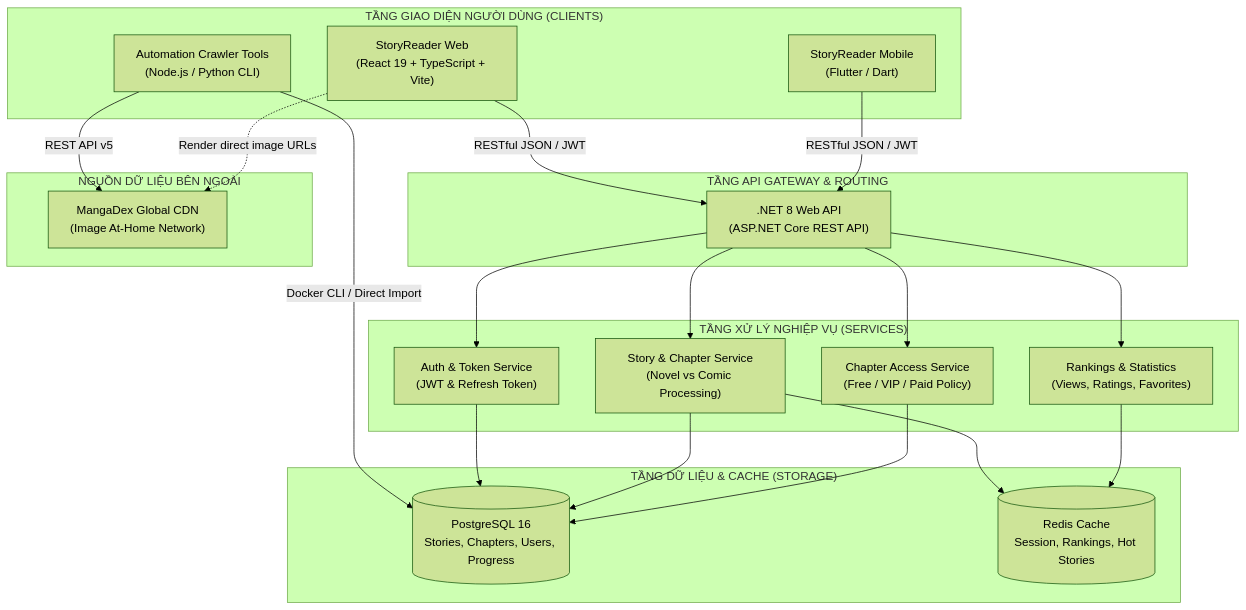
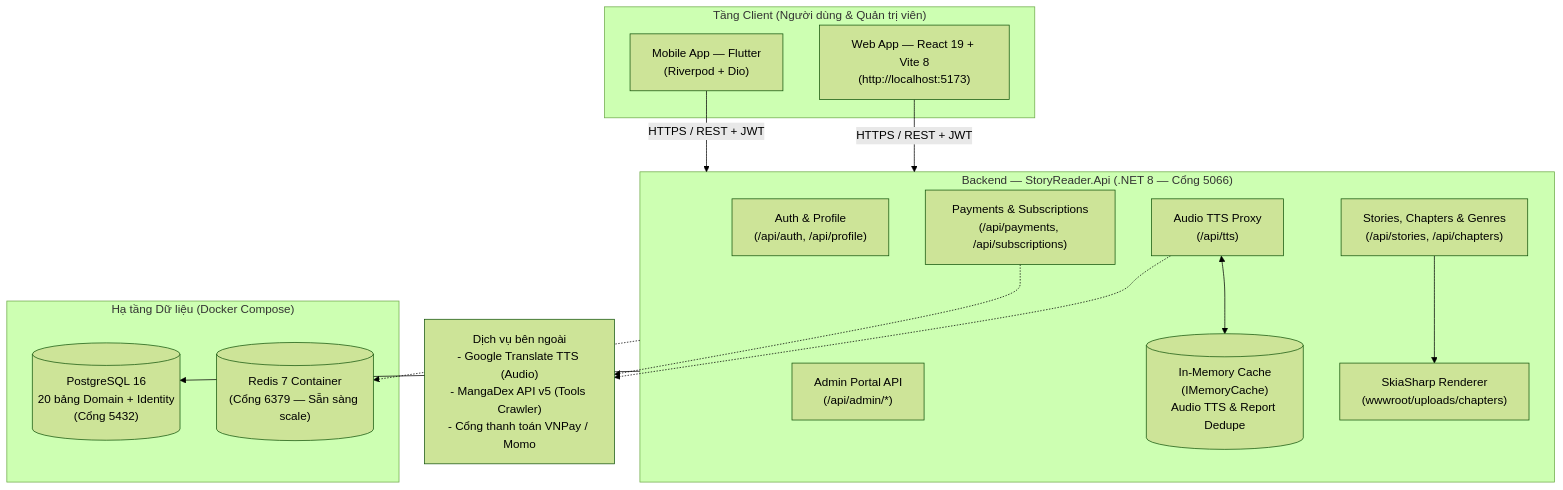
Before and after one commit to tuyenminhtran/HeThongQuanLyDocTruyen-Nhom-7: the first of 8 diagrams in KIEN_TRUC_CONG_NGHE_VA_FLOW.md, drawn with Mermaid (forest theme). The commit also changed other lines of this file and 24 other files, not shown here.

Commit message:
Kiểm toán toàn diện Admin/Reader, sửa lỗi MemoryCache báo cáo trùng, chuẩn hóa script/SQL và đồng bộ tài liệu dự án

````diff
--- a/KIEN_TRUC_CONG_NGHE_VA_FLOW.md
+++ b/KIEN_TRUC_CONG_NGHE_VA_FLOW.md
@@ -71,46 +23,33 @@
 ```mermaid
 flowchart TB
-    subgraph Clients["TẦNG GIAO DIỆN NGƯỜI DÙNG (CLIENTS)"]
-        Web["StoryReader Web\n(React 19 + TypeScript + Vite)"]
-        Mobile["StoryReader Mobile\n(Flutter / Dart)"]
-        Crawler["Automation Crawler Tools\n(Node.js / Python CLI)"]
+    subgraph Clients["Tầng Client (Người dùng & Quản trị viên)"]
+        Web["Web App — React 19 + Vite 8\n(http://localhost:5173)"]
+        Mobile["Mobile App — Flutter\n(Riverpod + Dio)"]
     end
 
-    subgraph Gateway["TẦNG API GATEWAY & ROUTING"]
-        Api[".NET 8 Web API\n(ASP.NET Core REST API)"]
+    subgraph Api["Backend — StoryReader.Api (.NET 8 — Cổng 5066)"]
+        Auth["Auth & Profile\n(/api/auth, /api/profile)"]
+        Story["Stories, Chapters & Genres\n(/api/stories, /api/chapters)"]
+        Billing["Payments & Subscriptions\n(/api/payments, /api/subscriptions)"]
+        Tts["Audio TTS Proxy\n(/api/tts)"]
+        Admin["Admin Portal API\n(/api/admin/*)"]
+        MemCache[("In-Memory Cache\n(IMemoryCache)\nAudio TTS & Report Dedupe")]
+        ImgGen["SkiaSharp Renderer\n(wwwroot/uploads/chapters)"]
     end
 
-    subgraph Business["TẦNG XỬ LÝ NGHIỆP VỤ (SERVICES)"]
-        AuthSvc["Auth & Token Service\n(JWT & Refresh Token)"]
-        StorySvc["Story & Chapter Service\n(Novel vs Comic Processing)"]
-        AccessSvc["Chapter Access Service\n(Free / VIP / Paid Policy)"]
-        RankSvc["Rankings & Statistics\n(Views, Ratings, Favorites)"]
+    subgraph Data["Hạ tầng Dữ liệu (Docker Compose)"]
+        DB[("PostgreSQL 16\n20 bảng Domain + Identity\n(Cổng 5432)")]
+        Redis[("Redis 7 Container\n(Cổng 6379 — Sẵn sàng scale)")]
     end
 
-    subgraph Data["TẦNG DỮ LIỆU & CACHE (STORAGE)"]
-        Postgres[(PostgreSQL 16\nStories, Chapters, Users, Progress)]
-        Redis[(Redis Cache\nSession, Rankings, Hot Stories)]
-    end
+    External["Dịch vụ bên ngoài\n- Google Translate TTS (Audio)\n- MangaDex API v5 (Tools Crawler)\n- Cổng thanh toán VNPay / Momo"]
 
-    subgraph External["NGUỒN DỮ LIỆU BÊN NGOÀI"]
-        MangaDex["MangaDex Global CDN\n(Image At-Home Network)"]
-    end
-
-    Web -->|RESTful JSON / JWT| Api
-    Mobile -->|RESTful JSON / JWT| Api
-    Crawler -->|Docker CLI / Direct Import| Postgres
-    Crawler -->|REST API v5| MangaDex
-
-    Api --> AuthSvc
-    Api --> StorySvc
-    Api --> AccessSvc
-    Api --> RankSvc
-
-    AuthSvc --> Postgres
-    StorySvc --> Postgres
-    StorySvc --> Redis
-    AccessSvc --> Postgres
-    RankSvc --> Redis
-
-    Web -.->|Render direct image URLs| MangaDex
+    Web -->|HTTPS / REST + JWT| Api
+    Mobile -->|HTTPS / REST + JWT| Api
+    Api --> DB
+    Tts <--> MemCache
+    Story --> ImgGen
+    Tts -.-> External
+    Billing -.-> External
+    Api -.-> Redis
 ```
````
